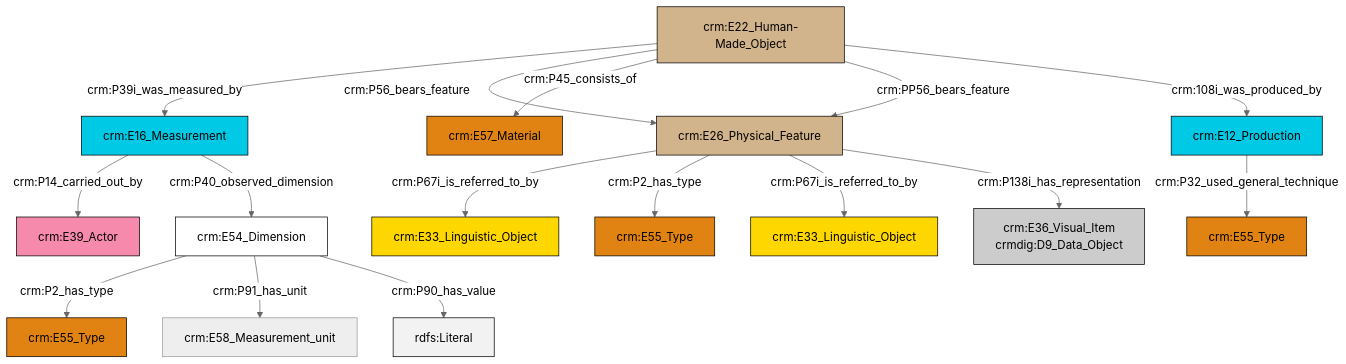
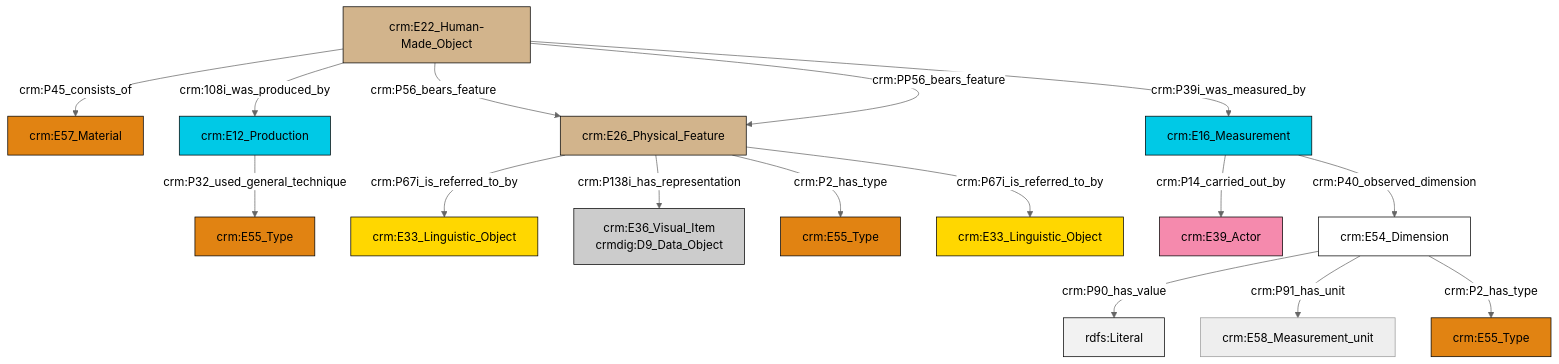
One commit to swiss-art-research-net/docs.swissartresearch changed the diagram in et/carrierCSV/ttl/mmd/carrier_substance.ttl.mmd. Above: the diagram before and after it, drawn with Mermaid (neutral theme). The commit also changed 178 other files, not shown here.

```diff
--- a/et/carrierCSV/ttl/mmd/carrier_substance.ttl.mmd
+++ b/et/carrierCSV/ttl/mmd/carrier_substance.ttl.mmd
@@ -1,30 +1,30 @@
 graph TD
 classDef Literal fill:#f2f2f2,stroke:#000000;
 classDef CRM_Entity fill:#FFFFFF,stroke:#000000;
 classDef Temporal_Entity fill:#00C9E6, stroke:#000000;
 classDef Type fill:#E18312, stroke:#000000;
 classDef Time-Span fill:#2C9C91, stroke:#000000;
 classDef Appellation fill:#FFEB7F, stroke:#000000;
 classDef Place fill:#008836, stroke:#000000;
 classDef Persistent_Item fill:#B266B2, stroke:#000000;
 classDef Conceptual_Object fill:#FFD700, stroke:#000000;
 classDef Physical_Thing fill:#D2B48C, stroke:#000000;
 classDef Actor fill:#f58aad, stroke:#000000;
 classDef PC_Classes fill:#4ce600, stroke:#000000;
 classDef Multi fill:#cccccc,stroke:#000000;
 
-4["crm:E12_Production"]:::Temporal_Entity -->|crm:P32_used_general_technique| 5["crm:E55_Type"]:::Type
-12["crm:E26_Physical_Feature"]:::Physical_Thing -->|crm:P67i_is_referred_to_by| 13["crm:E33_Linguistic_Object"]:::Conceptual_Object
-12["crm:E26_Physical_Feature"]:::Physical_Thing -->|crm:P2_has_type| 14["crm:E55_Type"]:::Type
-10["crm:E16_Measurement"]:::Temporal_Entity -->|crm:P14_carried_out_by| 6["crm:E39_Actor"]:::Actor
-15["crm:E54_Dimension"]:::CRM_Entity -->|crm:P2_has_type| 8["crm:E55_Type"]:::Type
-15["crm:E54_Dimension"]:::CRM_Entity -->|crm:P91_has_unit| 22["crm:E58_Measurement_unit"]:::Default
-16["crm:E22_Human-Made_Object"]:::Physical_Thing -->|crm:P39i_was_measured_by| 10["crm:E16_Measurement"]:::Temporal_Entity
-12["crm:E26_Physical_Feature"]:::Physical_Thing -->|crm:P67i_is_referred_to_by| 24["crm:E33_Linguistic_Object"]:::Conceptual_Object
-16["crm:E22_Human-Made_Object"]:::Physical_Thing -->|crm:P56_bears_feature| 12["crm:E26_Physical_Feature"]:::Physical_Thing
-12["crm:E26_Physical_Feature"]:::Physical_Thing -->|crm:P138i_has_representation| 2["crm:E36_Visual_Item<br>crmdig:D9_Data_Object"]:::Multi
-15["crm:E54_Dimension"]:::CRM_Entity -->|crm:P90_has_value| 27[rdfs:Literal]:::Literal
-16["crm:E22_Human-Made_Object"]:::Physical_Thing -->|crm:P45_consists_of| 0["crm:E57_Material"]:::Type
-16["crm:E22_Human-Made_Object"]:::Physical_Thing -->|crm:PP56_bears_feature| 12["crm:E26_Physical_Feature"]:::Physical_Thing
-10["crm:E16_Measurement"]:::Temporal_Entity -->|crm:P40_observed_dimension| 15["crm:E54_Dimension"]:::CRM_Entity
-16["crm:E22_Human-Made_Object"]:::Physical_Thing -->|crm:108i_was_produced_by| 4["crm:E12_Production"]:::Temporal_Entity
+6["crm:E26_Physical_Feature"]:::Physical_Thing -->|crm:P67i_is_referred_to_by| 7["crm:E33_Linguistic_Object"]:::Conceptual_Object
+8["crm:E16_Measurement"]:::Temporal_Entity -->|crm:P14_carried_out_by| 9["crm:E39_Actor"]:::Actor
+6["crm:E26_Physical_Feature"]:::Physical_Thing -->|crm:P138i_has_representation| 4["crm:E36_Visual_Item<br>crmdig:D9_Data_Object"]:::Multi
+10["crm:E12_Production"]:::Temporal_Entity -->|crm:P32_used_general_technique| 0["crm:E55_Type"]:::Type
+12["crm:E22_Human-Made_Object"]:::Physical_Thing -->|crm:P45_consists_of| 2["crm:E57_Material"]:::Type
+13["crm:E54_Dimension"]:::CRM_Entity -->|crm:P90_has_value| 14[rdfs:Literal]:::Literal
+12["crm:E22_Human-Made_Object"]:::Physical_Thing -->|crm:108i_was_produced_by| 10["crm:E12_Production"]:::Temporal_Entity
+12["crm:E22_Human-Made_Object"]:::Physical_Thing -->|crm:P56_bears_feature| 6["crm:E26_Physical_Feature"]:::Physical_Thing
+8["crm:E16_Measurement"]:::Temporal_Entity -->|crm:P40_observed_dimension| 13["crm:E54_Dimension"]:::CRM_Entity
+13["crm:E54_Dimension"]:::CRM_Entity -->|crm:P91_has_unit| 15["crm:E58_Measurement_unit"]:::Default
+13["crm:E54_Dimension"]:::CRM_Entity -->|crm:P2_has_type| 22["crm:E55_Type"]:::Type
+12["crm:E22_Human-Made_Object"]:::Physical_Thing -->|crm:PP56_bears_feature| 6["crm:E26_Physical_Feature"]:::Physical_Thing
+6["crm:E26_Physical_Feature"]:::Physical_Thing -->|crm:P2_has_type| 17["crm:E55_Type"]:::Type
+12["crm:E22_Human-Made_Object"]:::Physical_Thing -->|crm:P39i_was_measured_by| 8["crm:E16_Measurement"]:::Temporal_Entity
+6["crm:E26_Physical_Feature"]:::Physical_Thing -->|crm:P67i_is_referred_to_by| 28["crm:E33_Linguistic_Object"]:::Conceptual_Object
```
